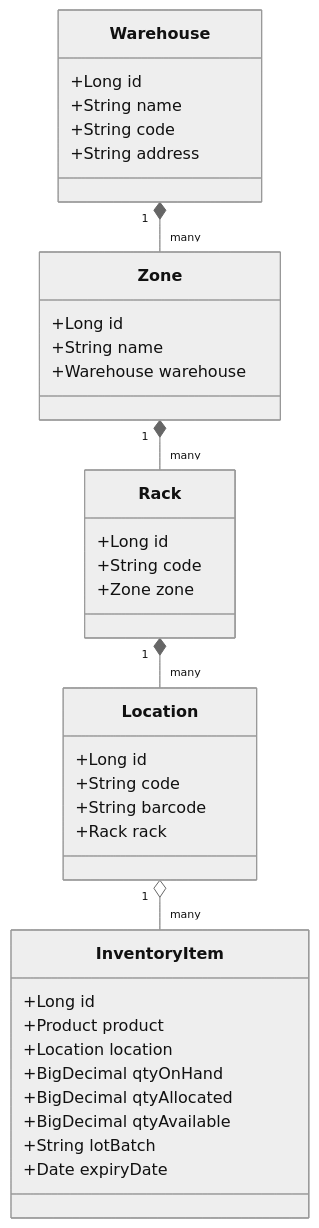
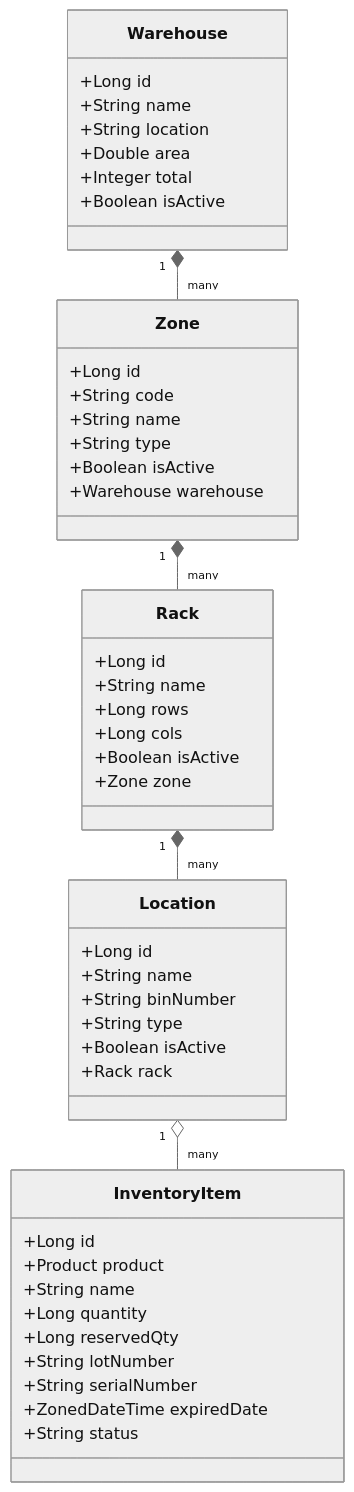
Before and after one commit to putra4648/core-erp: the sixth of 9 diagrams in docs/BUSINESS_PROCESS.md, drawn with Mermaid (neutral theme). The commit also changed other lines of this file and 26 other files, not shown here.

````diff
--- a/docs/BUSINESS_PROCESS.md
+++ b/docs/BUSINESS_PROCESS.md
@@ -258,40 +280,51 @@
 ```mermaid
 classDiagram
     class Warehouse {
         +Long id
         +String name
-        +String code
-        +String address
+        +String location
+        +Double area
+        +Integer total
+        +Boolean isActive
     }
     class Zone {
         +Long id
+        +String code
         +String name
+        +String type
+        +Boolean isActive
         +Warehouse warehouse
     }
     class Rack {
         +Long id
-        +String code
+        +String name
+        +Long rows
+        +Long cols
+        +Boolean isActive
         +Zone zone
     }
     class Location {
         +Long id
-        +String code
-        +String barcode
+        +String name
+        +String binNumber
+        +String type
+        +Boolean isActive
         +Rack rack
     }
     class InventoryItem {
         +Long id
         +Product product
-        +Location location
-        +BigDecimal qtyOnHand
-        +BigDecimal qtyAllocated
-        +BigDecimal qtyAvailable
-        +String lotBatch
-        +Date expiryDate
+        +String name
+        +Long quantity
+        +Long reservedQty
+        +String lotNumber
+        +String serialNumber
+        +ZonedDateTime expiredDate
+        +String status
     }
 
     Warehouse "1" *-- "many" Zone
     Zone "1" *-- "many" Rack
     Rack "1" *-- "many" Location
     Location "1" o-- "many" InventoryItem
 ```
````
